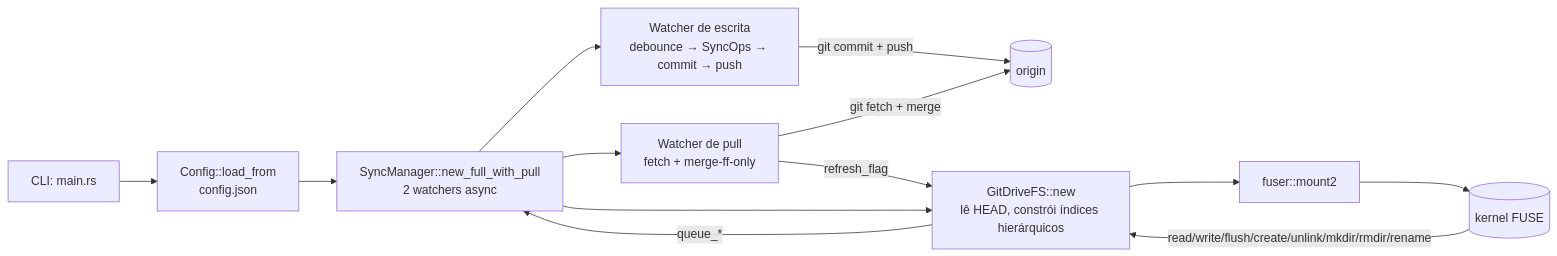
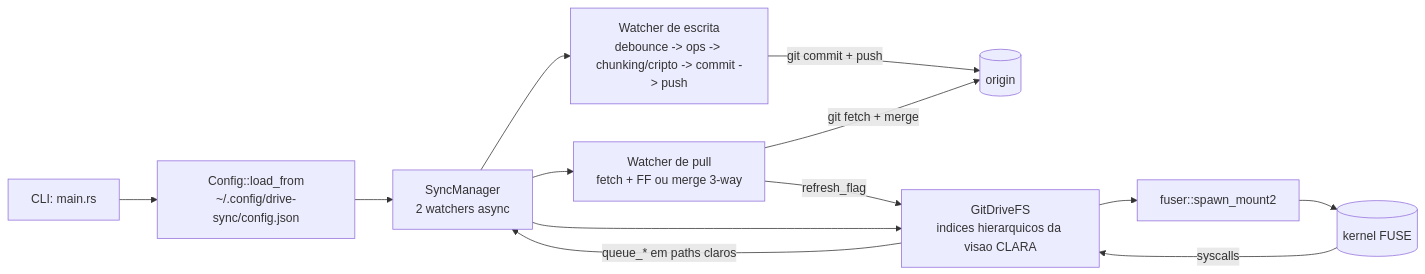
Before and after one commit to giacomeli/git-drive: the diagram in docs/arquitetura.md, drawn with Mermaid. The commit also changed other lines of this file and 4 other files, not shown here.

````diff
--- a/docs/arquitetura.md
+++ b/docs/arquitetura.md
@@ -7,15 +20,15 @@
 ```mermaid
 flowchart LR
-    CLI[CLI: main.rs] --> Config[Config::load_from<br/>config.json]
-    Config --> Sync[SyncManager::new_full_with_pull<br/>2 watchers async]
-    Sync --> Write[Watcher de escrita<br/>debounce → SyncOps → commit → push]
-    Sync --> Pull[Watcher de pull<br/>fetch + merge-ff-only]
-    Sync --> FS[GitDriveFS::new<br/>lê HEAD, constrói índices hierárquicos]
-    FS --> Mount[fuser::mount2]
+    CLI[CLI: main.rs] --> Config[Config::load_from<br/>~/.config/drive-sync/config.json]
+    Config --> Sync[SyncManager<br/>2 watchers async]
+    Sync --> Write[Watcher de escrita<br/>debounce -> ops -> chunking/cripto -> commit -> push]
+    Sync --> Pull[Watcher de pull<br/>fetch + FF ou merge 3-way]
+    Sync --> FS[GitDriveFS<br/>indices hierarquicos da visao CLARA]
+    FS --> Mount[fuser::spawn_mount2]
     Mount --> Kernel[(kernel FUSE)]
-    Kernel -- read/write/flush/create/unlink/mkdir/rmdir/rename --> FS
-    FS -- queue_* --> Sync
+    Kernel -- syscalls --> FS
+    FS -- queue_* em paths claros --> Sync
     Write -- git commit + push --> Remote[(origin)]
     Pull -- git fetch + merge --> Remote
     Pull -- refresh_flag --> FS
 ```
````
